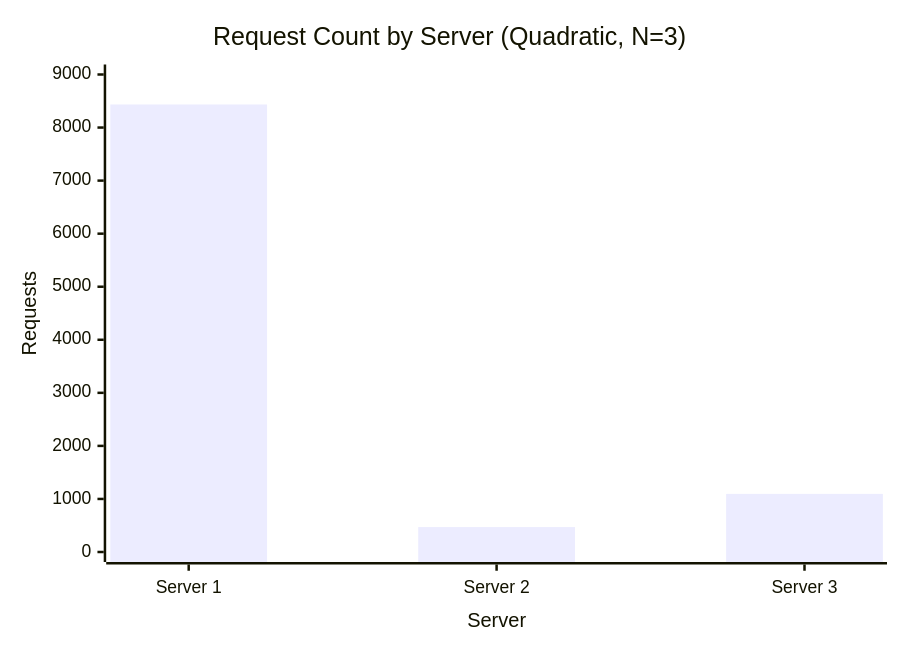
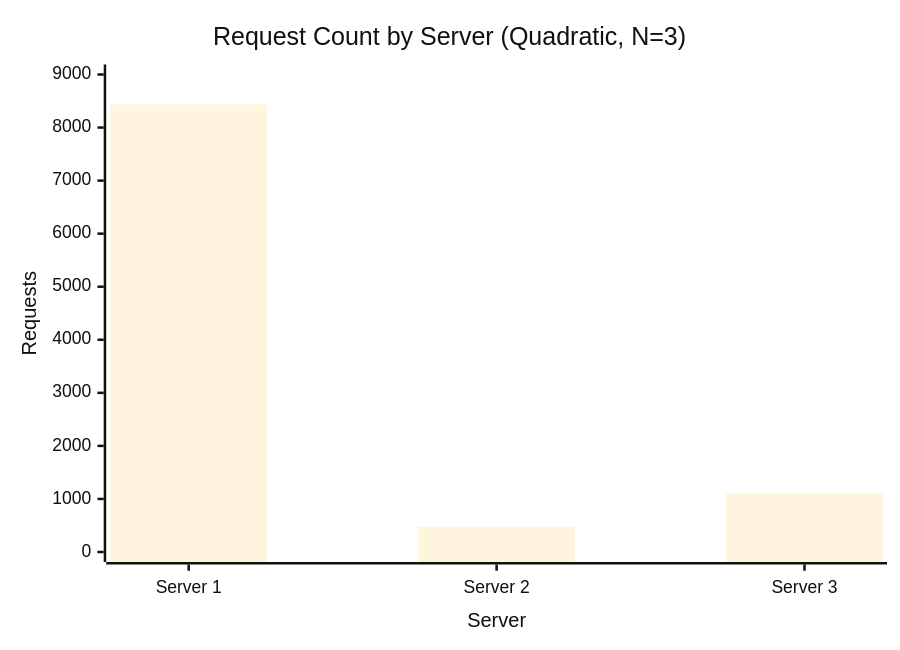
One commit to AmyMugeni/LoadBalancer changed the second of 4 diagrams in README.md. Above: the diagram before and after it, drawn with Mermaid. The commit also changed other lines of this file, not shown here.

Commit message:
background

````diff
--- a/README.md
+++ b/README.md
@@ -360,7 +361,8 @@
 ```mermaid
+%%{init: {'theme': 'base', 'themeVariables': { 'background': '#ffffff', 'primaryColor': '#0f766e', 'primaryBorderColor': '#115e59', 'primaryTextColor': '#111111', 'lineColor': '#115e59', 'textColor': '#111111', 'fontSize': '16px' }}}%%
 xychart-beta
   title "Request Count by Server (Quadratic, N=3)"
   x-axis "Server" ["Server 1", "Server 2", "Server 3"]
   y-axis "Requests" 0 --> 9000
   bar [8435, 470, 1095]
 ```
````
